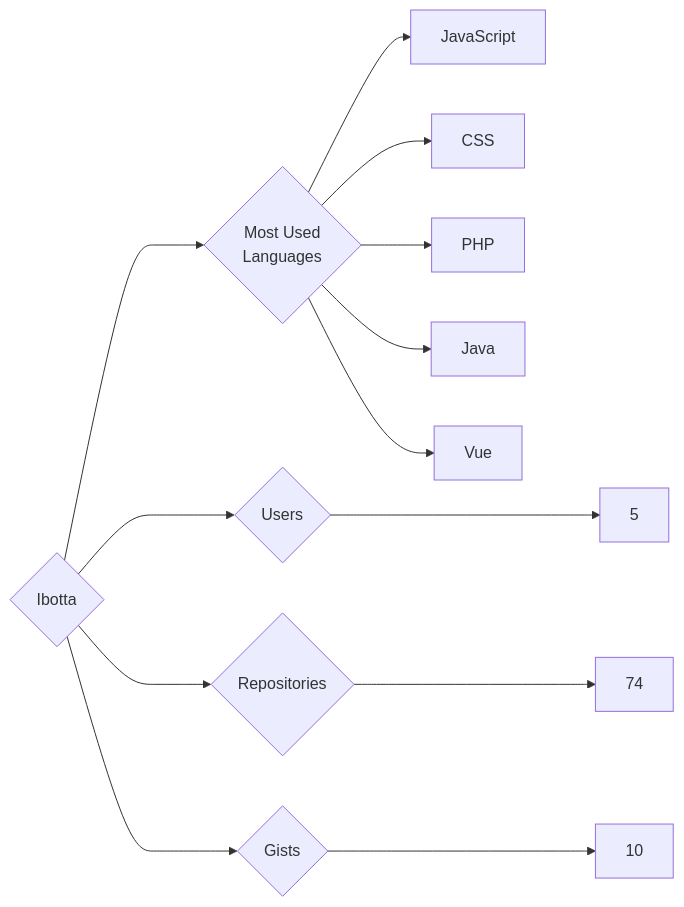
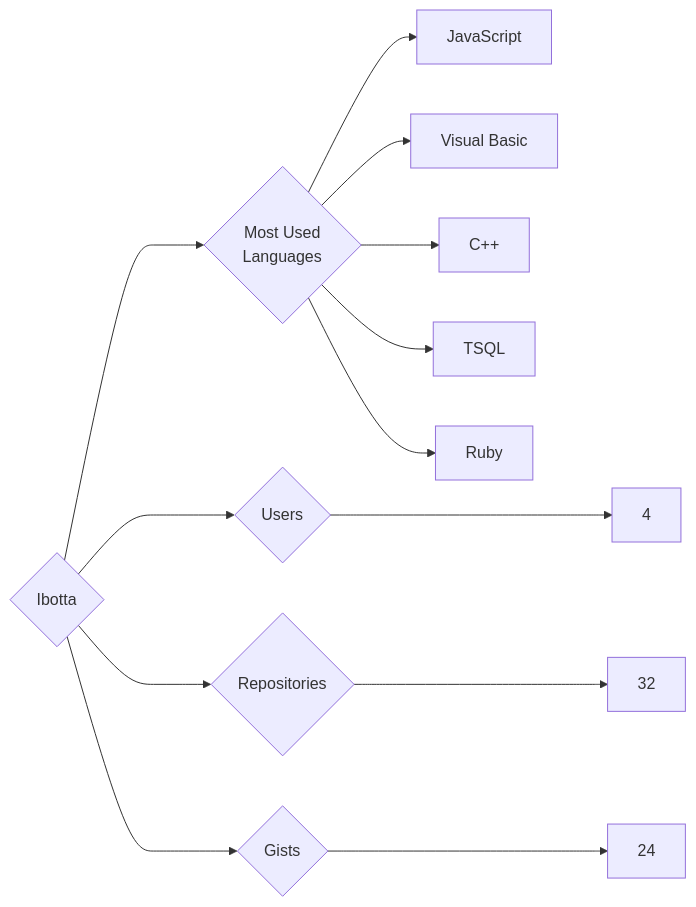
Before and after one commit to trickest/insiders: the diagram in targets/Ibotta/README.md, drawn with Mermaid. The commit also changed 611 other files, not shown here.

````diff
--- a/targets/Ibotta/README.md
+++ b/targets/Ibotta/README.md
@@ -3,13 +3,13 @@
 ```mermaid
 graph LR
 COMPANY_NAME{Ibotta}
-COMPANY_NAME ---> U{Users} ---> UN[5]
-COMPANY_NAME ---> R{Repositories} ---> RN[74]
-COMPANY_NAME ---> G{Gists} ---> GN[10]
+COMPANY_NAME ---> U{Users} ---> UN[4]
+COMPANY_NAME ---> R{Repositories} ---> RN[32]
+COMPANY_NAME ---> G{Gists} ---> GN[24]
 COMPANY_NAME ---> ML{Most Used<br>Languages}
 ML --> JavaScript[JavaScript]
-ML --> CSS[CSS]
-ML --> PHP[PHP]
-ML --> Java[Java]
-ML --> Vue[Vue]
+ML --> Visual_Basic[Visual Basic]
+ML --> C++[C++]
+ML --> TSQL[TSQL]
+ML --> Ruby[Ruby]
 ```
````
